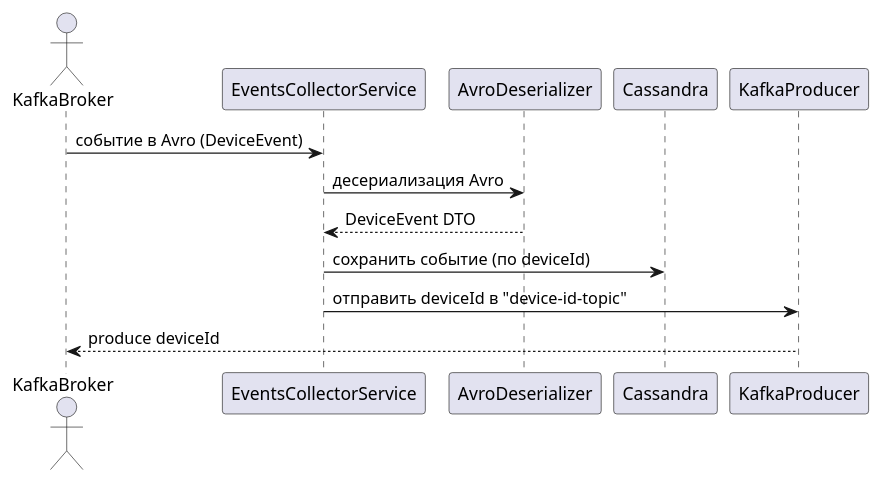
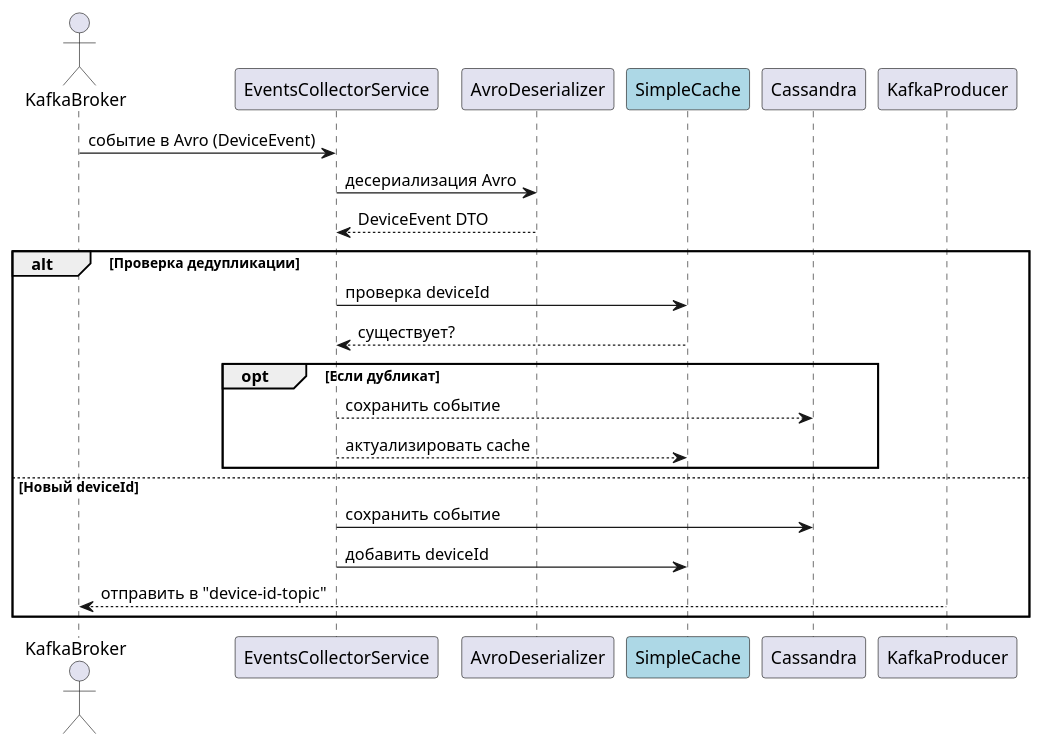
The diagram in diagrams/event-collector/event-collector-sequence.puml (ApenDover/ourcode-iot-platform), drawn with PlantUML before and after one commit. The commit also changed 4 other files, not shown here.

```diff
--- a/diagrams/event-collector/event-collector-sequence.puml
+++ b/diagrams/event-collector/event-collector-sequence.puml
@@ -1,14 +1,26 @@
 @startuml
 actor KafkaBroker
 participant "EventsCollectorService" as ECS
 participant "AvroDeserializer" as AVRO
+participant "SimpleCache" as CACHE #lightblue
 participant "Cassandra" as DB
 participant "KafkaProducer" as KP
 
 KafkaBroker -> ECS : событие в Avro (DeviceEvent)
 ECS -> AVRO : десериализация Avro
 AVRO --> ECS : DeviceEvent DTO
-ECS -> DB : сохранить событие (по deviceId)
-ECS -> KP : отправить deviceId в "device-id-topic"
-KP --> KafkaBroker : produce deviceId
+
+alt Проверка дедупликации
+    ECS -> CACHE : проверка deviceId
+    CACHE --> ECS : существует?
+    opt Если дубликат
+        ECS --> DB : сохранить событие
+        ECS --> CACHE : актуализировать cache
+    end
+else Новый deviceId
+    ECS -> DB : сохранить событие
+    ECS -> CACHE : добавить deviceId
+    KP --> KafkaBroker : отправить в "device-id-topic"
+end
+
 @enduml
```
